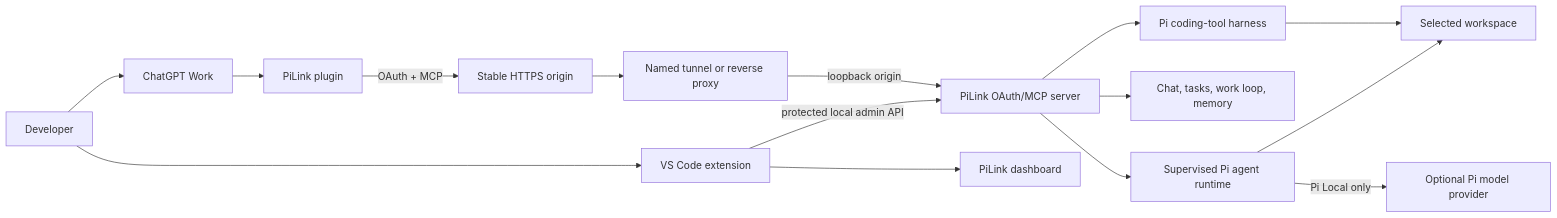
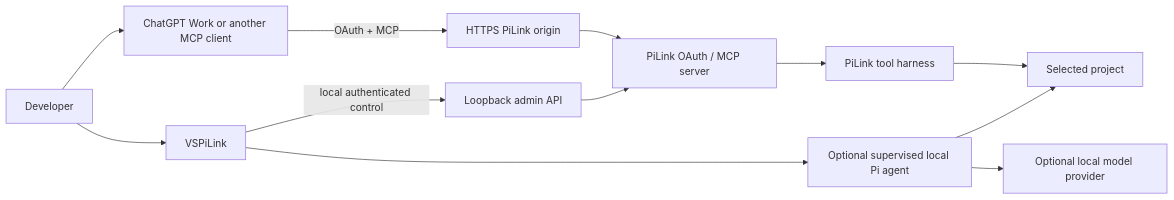
One commit to roccoangelella/PiLink changed the first of 2 diagrams in docs/ARCHITECTURE.md. Above: the diagram before and after it, drawn with Mermaid. The commit also changed other lines of this file, not shown here.

Commit message:
docs: simplify architecture around the PiLink bridge

````diff
--- a/docs/ARCHITECTURE.md
+++ b/docs/ARCHITECTURE.md
@@ -16,31 +11,25 @@
 ```mermaid
 flowchart LR
-    Developer[Developer]
-    Work[ChatGPT Work]
-    Plugin[PiLink plugin]
-    Public[Stable HTTPS origin]
-    Tunnel[Named tunnel or reverse proxy]
-    Server[PiLink OAuth/MCP server]
-    Harness[Pi coding-tool harness]
-    Workspace[Selected workspace]
-    Collaboration[Chat, tasks, work loop, memory]
-    AgentRuntime[Supervised Pi agent runtime]
-    Provider[Optional Pi model provider]
-    Extension[VS Code extension]
-    Dashboard[PiLink dashboard]
+    User[Developer]
+    Client[ChatGPT Work or another MCP client]
+    Public[HTTPS PiLink origin]
+    Server[PiLink OAuth / MCP server]
+    Harness[PiLink tool harness]
+    Workspace[Selected project]
+    VSCode[VSPiLink]
+    Admin[Loopback admin API]
+    Provider[Optional local model provider]
+    LocalAgent[Optional supervised local Pi agent]
 
-    Developer --> Work
-    Work --> Plugin
-    Plugin -->|OAuth + MCP| Public
-    Public --> Tunnel
-    Tunnel -->|loopback origin| Server
+    User --> Client
+    Client -->|OAuth + MCP| Public
+    Public --> Server
     Server --> Harness
     Harness --> Workspace
-    Server --> Collaboration
-    Server --> AgentRuntime
-    AgentRuntime --> Workspace
-    AgentRuntime -->|Pi Local only| Provider
-    Developer --> Extension
-    Extension --> Dashboard
-    Extension -->|protected local admin API| Server
+    User --> VSCode
+    VSCode -->|local authenticated control| Admin
+    Admin --> Server
+    VSCode --> LocalAgent
+    LocalAgent --> Workspace
+    LocalAgent --> Provider
 ```
````
